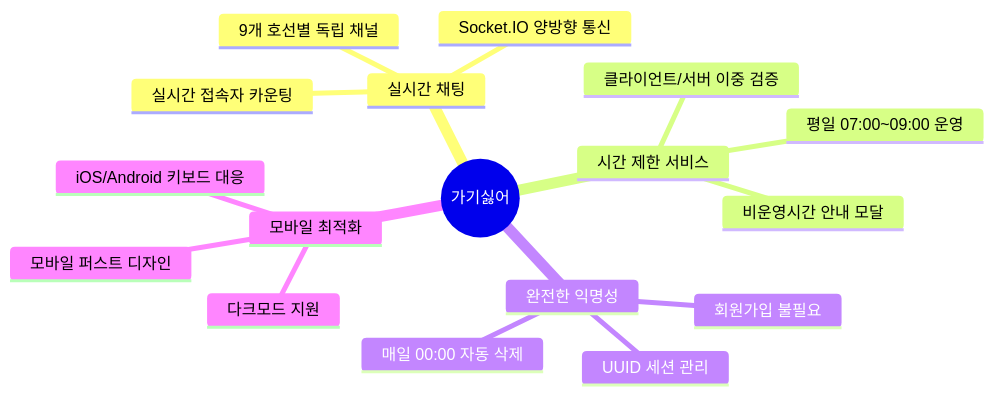
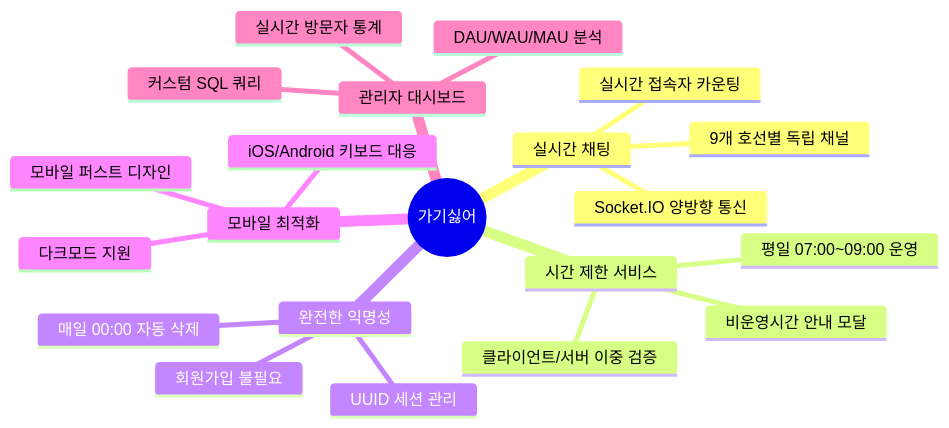
Before and after one commit to doublesilver/subway-board: the first of 11 diagrams in README.md, drawn with Mermaid. The commit also changed other lines of this file and 3 other files, not shown here.

````diff
--- a/README.md
+++ b/README.md
@@ -49,20 +49,24 @@
 ```mermaid
 mindmap
   root((가기싫어))
     실시간 채팅
       9개 호선별 독립 채널
       Socket.IO 양방향 통신
       실시간 접속자 카운팅
     시간 제한 서비스
       평일 07:00~09:00 운영
       클라이언트/서버 이중 검증
       비운영시간 안내 모달
     완전한 익명성
       회원가입 불필요
       UUID 세션 관리
       매일 00:00 자동 삭제
     모바일 최적화
       모바일 퍼스트 디자인
       iOS/Android 키보드 대응
       다크모드 지원
+    관리자 대시보드
+      실시간 방문자 통계
+      DAU/WAU/MAU 분석
+      커스텀 SQL 쿼리
 ```
````
